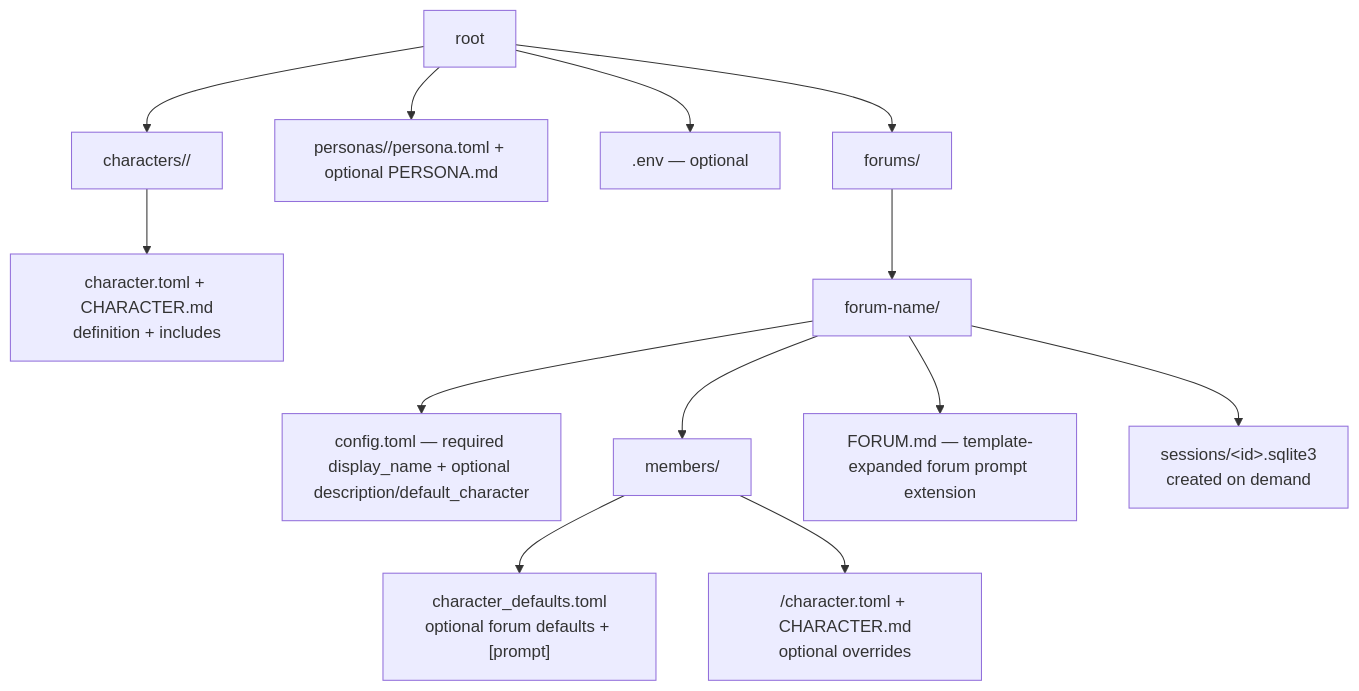
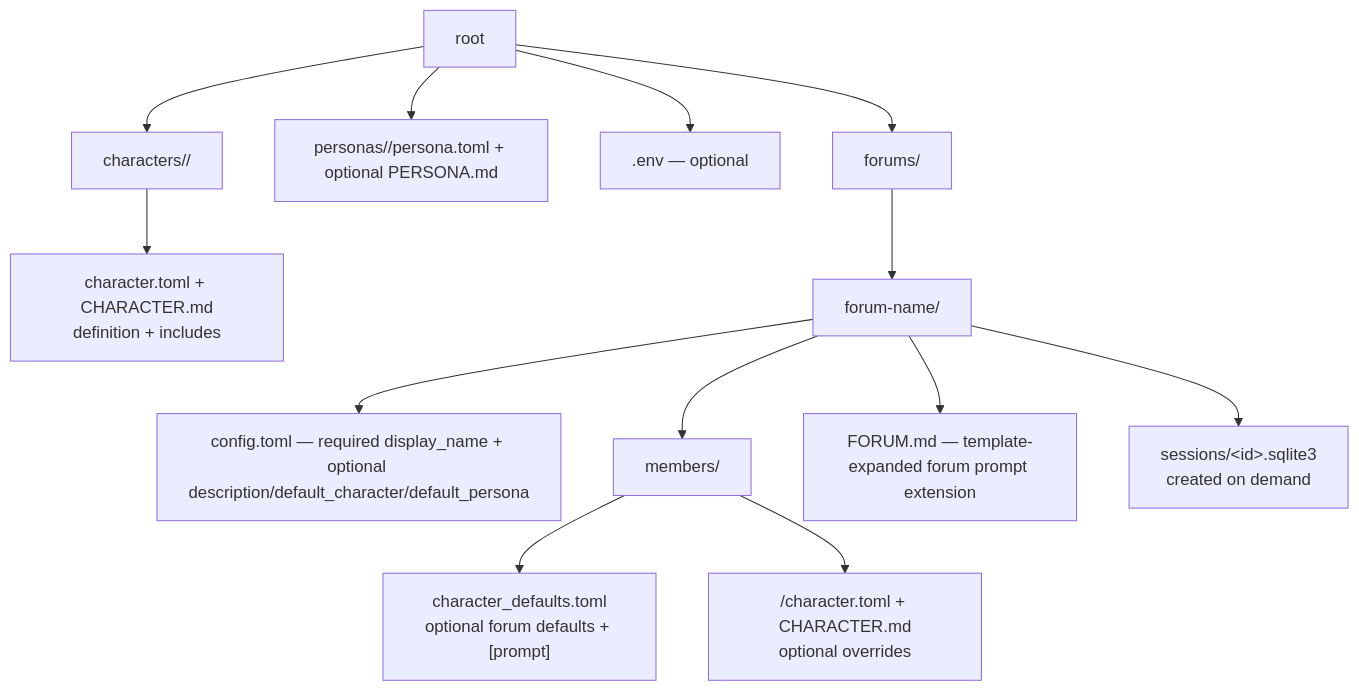
Before and after one commit to michaelpopov/cha: the first of 4 diagrams in src/session/README.md, drawn with Mermaid. The commit also changed other lines of this file and 43 other files, not shown here.

````diff
--- a/src/session/README.md
+++ b/src/session/README.md
@@ -26,15 +26,15 @@
 ```mermaid
 flowchart TD
     root --> forums["forums/"]
     root --> personas["personas/<id>/persona.toml + optional PERSONA.md"]
     root --> env[".env — optional"]
     root --> characters["characters/<id>/"]
     characters --> character["character.toml + CHARACTER.md<br/>definition + includes"]
     forums --> forum["forum-name/"]
-    forum --> config["config.toml — required display_name + optional description/default_character"]
+    forum --> config["config.toml — required display_name + optional description/default_character/default_persona"]
     forum --> members["members/"]
     members --> base["character_defaults.toml<br/>optional forum defaults + [prompt]"]
     members --> member["<id>/character.toml + CHARACTER.md<br/>optional overrides"]
     forum --> forum_prompt["FORUM.md — template-expanded forum prompt extension"]
     forum --> sessions["sessions/&lt;id&gt;.sqlite3<br/>created on demand"]
 ```
````
